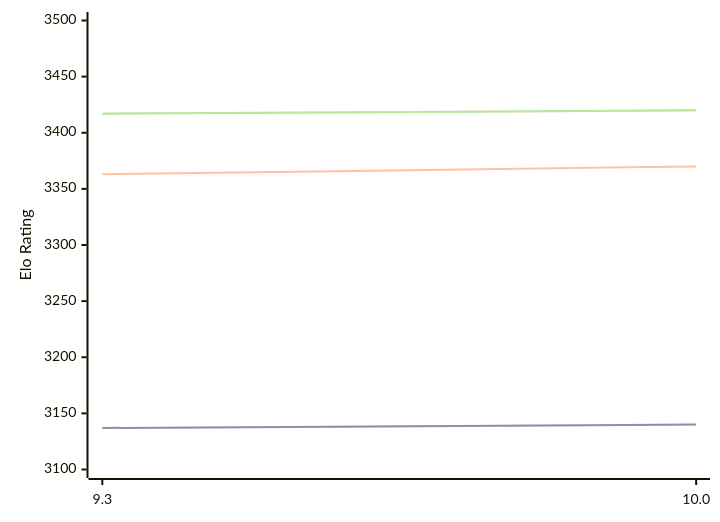
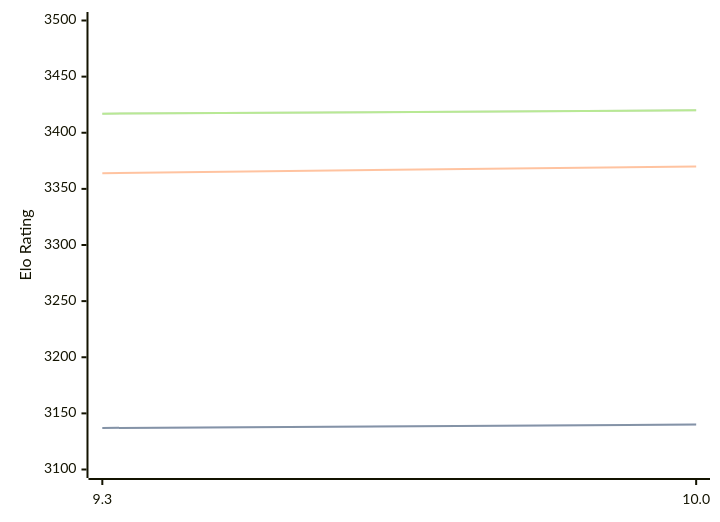
One commit to computer-chess-index/cci changed the diagram in engines/Fire.md. Above: the diagram before and after it, drawn with Mermaid. The commit also changed other lines of this file, not shown here.

````diff
--- a/engines/Fire.md
+++ b/engines/Fire.md
@@ -32,11 +32,11 @@
 ```mermaid
 %%{init: {"theme":"base","themeVariables":{"seriesColors:['#a3a3a3','#222221','#faa371']}}}%%
 xychart-beta
   x-axis ["9.3", "10.0"]
   y-axis "Elo Rating" 3100 --> 3500
   line "STC (8.0+0.08s)" [3137, 3140]
   line "STC (8.0+0.08s)" [3137, 3140]
-  line "LTC (60.0+0.60s)" [3363, 3370]
+  line "LTC (60.0+0.60s)" [3364, 3370]
   line "VLTC (2m24s+1.12s)" [3417, 3420]
   line "VLTC (2m24s+1.12s)" [3417, 3420]
 ```
````
